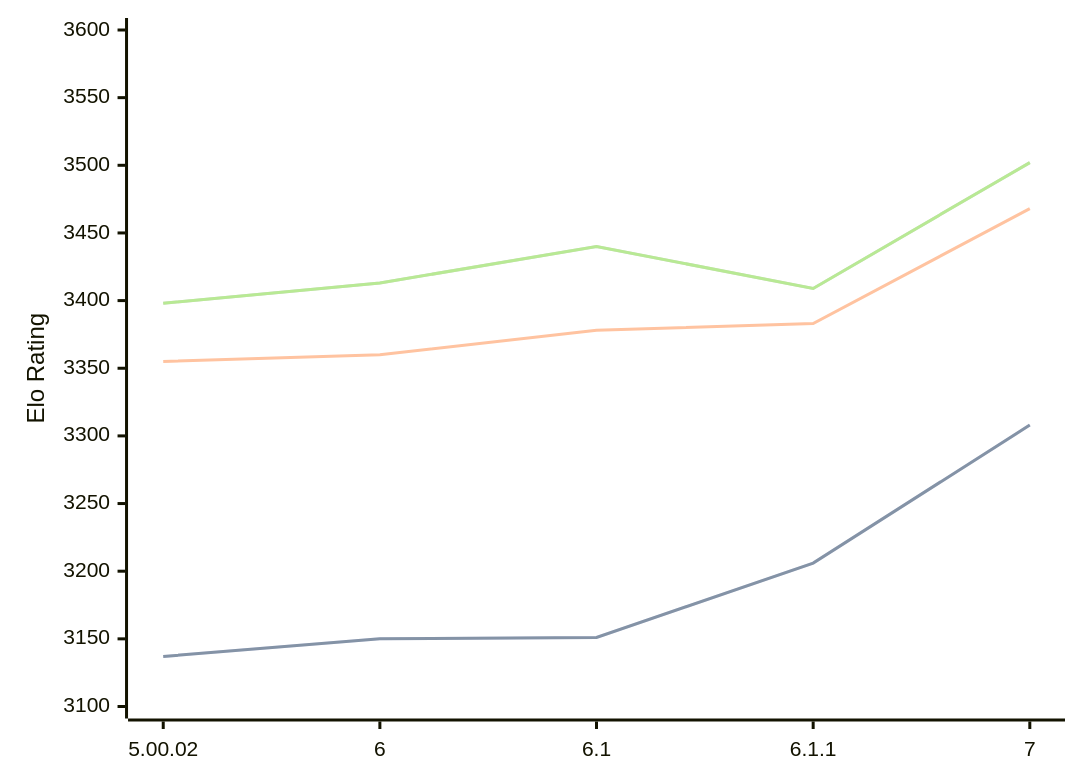
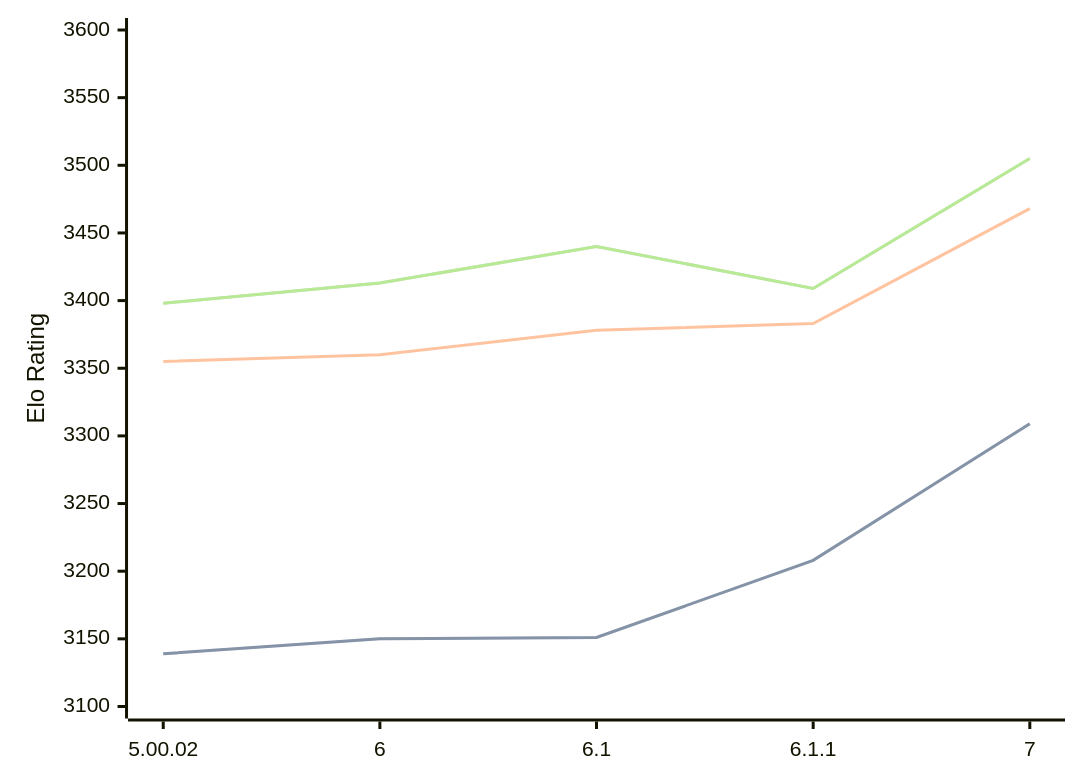
The diagram in engines/Zangdar.md (computer-chess-index/cci), drawn with Mermaid before and after one commit. The commit also changed other lines of this file, not shown here.

Commit message:
Update CCI Ratings (ELO VLTC) - 2026-09-18

````diff
--- a/engines/Zangdar.md
+++ b/engines/Zangdar.md
@@ -35,11 +35,11 @@
 ```mermaid
 %%{init: {"theme":"base","themeVariables":{"seriesColors:['#a3a3a3','#222221','#faa371']}}}%%
 xychart-beta
   x-axis ["5.00.02", "6", "6.1", "6.1.1", "7"]
   y-axis "Elo Rating" 3100 --> 3600
-  line "" [3137, 3150, 3151, 3206, 3308]
-  line "STC (8.0+0.08s)" [3137, 3150, 3151, 3206, 3308]
+  line "" [3139, 3150, 3151, 3208, 3309]
+  line "STC (8.0+0.08s)" [3139, 3150, 3151, 3208, 3309]
   line "LTC (60.0+0.60s)" [3355, 3360, 3378, 3383, 3468]
-  line "" [3398, 3413, 3440, 3409, 3502]
-  line "VLTC (2m24s+1.12s)" [3398, 3413, 3440, 3409, 3502]
+  line "" [3398, 3413, 3440, 3409, 3505]
+  line "VLTC (2m24s+1.12s)" [3398, 3413, 3440, 3409, 3505]
 ```
````
